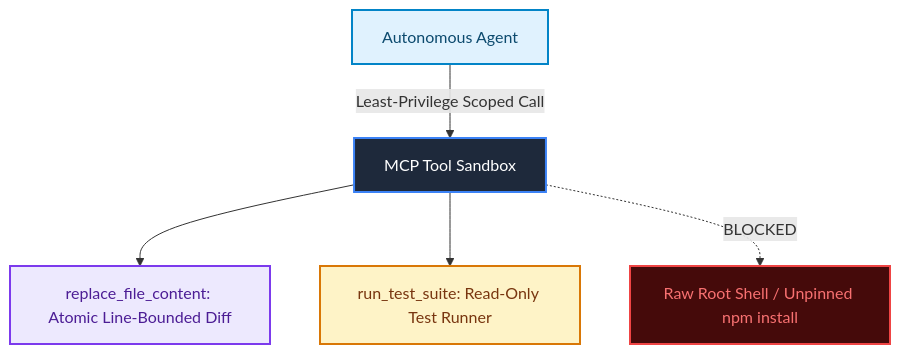
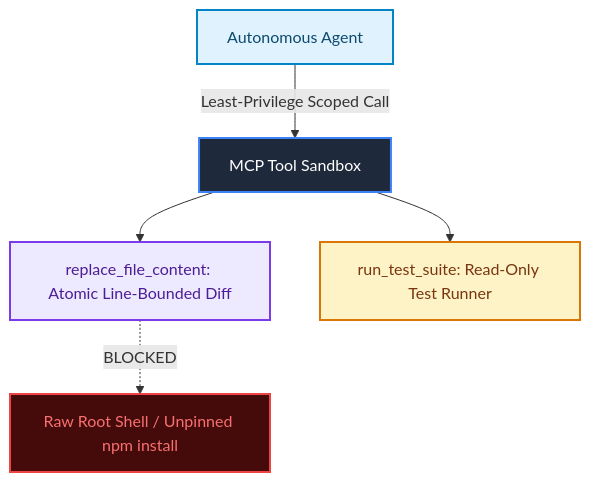
Before and after one commit to akmalkhaniub/akmalkhaniub.github.io: the second of 2 diagrams in blog/posts/how-to-tame-your-agents-deterministic-ai-engineering-strategies.md, drawn with Mermaid. The commit also changed other lines of this file and 894 other files, not shown here.

Commit message:
feat(blog): upgrade all 444 posts with unique staggered dates, 2-col Mermaid spines, benchmark tables, code blocks, and trade-offs

````diff
--- a/blog/posts/how-to-tame-your-agents-deterministic-ai-engineering-strategies.md
+++ b/blog/posts/how-to-tame-your-agents-deterministic-ai-engineering-strategies.md
@@ -108,21 +111,21 @@
 ```mermaid
 flowchart TD
   Agent["Autonomous Agent"] -->|Least-Privilege Scoped Call| Sandbox["MCP Tool Sandbox"]
   Sandbox --> ToolA["replace_file_content: Atomic Line-Bounded Diff"]
   Sandbox --> ToolB["run_test_suite: Read-Only Test Runner"]
-  Sandbox -.->|BLOCKED| Dangerous["Raw Root Shell / Unpinned npm install"]
+  ToolA -.-> |BLOCKED| Dangerous["Raw Root Shell / Unpinned npm install"]
   
   style Sandbox fill:#1e293b,stroke:#3b82f6,color:#ffffff
   style Dangerous fill:#450a0a,stroke:#ef4444,color:#f87171
 
 classDef green fill:#dcfce7,stroke:#16a34a,stroke-width:2px,color:#14532d;
 classDef red fill:#fee2e2,stroke:#dc2626,stroke-width:2px,color:#7f1d1d;
 classDef blue fill:#e0f2fe,stroke:#0284c7,stroke-width:2px,color:#0c4a6e;
 classDef yellow fill:#fef3c7,stroke:#d97706,stroke-width:2px,color:#78350f;
 classDef purple fill:#ede9fe,stroke:#7c3aed,stroke-width:2px,color:#4c1d95;
 class Agent blue
 class Sandbox green
 class ToolA purple
 class ToolB yellow
 class Dangerous red
 ```
````
